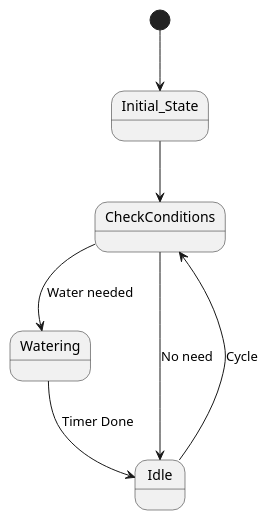
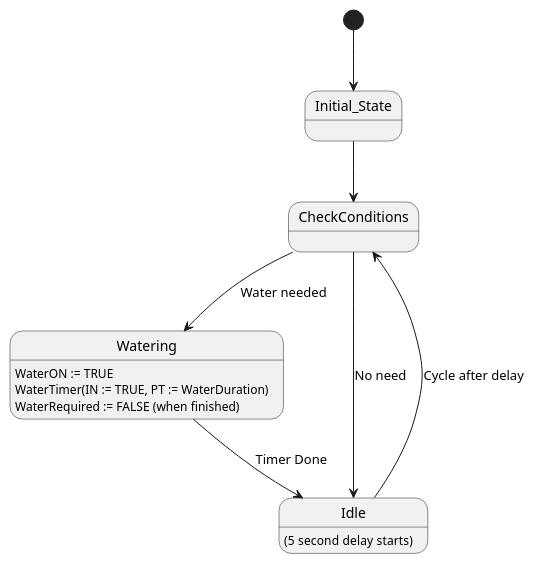
The diagram in src/chapter_2.md (mersi940/Individual-assignment), drawn with PlantUML before and after one commit. The commit also changed 10 other files, not shown here.

Commit message:
making slight changes in the diagrams and organise them

````diff
--- a/src/chapter_2.md
+++ b/src/chapter_2.md
@@ -2,14 +2,17 @@
 ```plantuml
 @startuml
 
 [*] --> Initial_State
 Initial_State--> CheckConditions
 CheckConditions--> Watering : Water needed
 CheckConditions--> Idle : No need
 Watering--> Idle: Timer Done
-Idle--> CheckConditions : Cycle
-
+Watering : WaterON := TRUE
+Watering : WaterTimer(IN := TRUE, PT := WaterDuration)
+Watering : WaterRequired := FALSE (when finished)
+Idle--> CheckConditions : Cycle after delay
+Idle : (5 second delay  starts)
 
 @enduml
 
 ```
````
